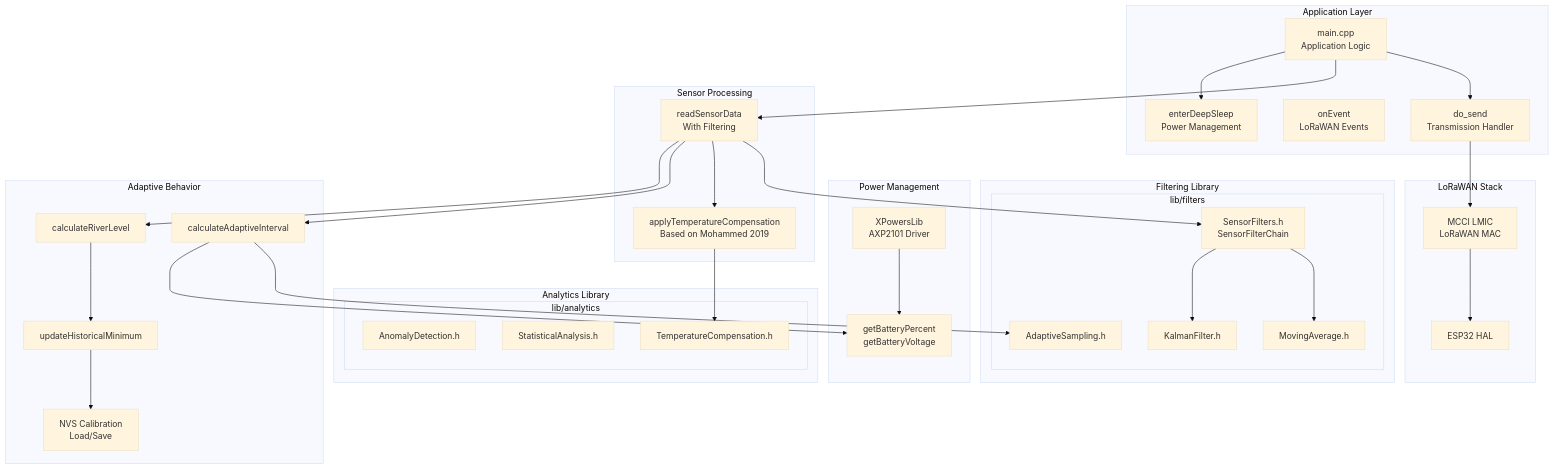
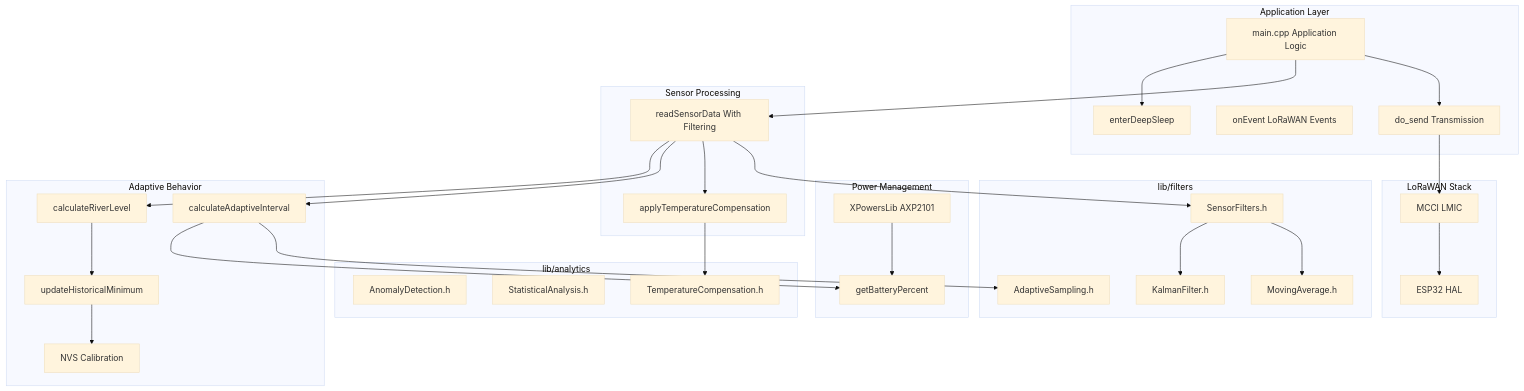
One commit to Klausdk1999/lora-modules changed the fourth of 10 diagrams in docs/architecture-diagrams.md. Above: the diagram before and after it, drawn with Mermaid (base theme). The commit also changed other lines of this file, not shown here.

First line of the commit message:
Refactor architecture diagrams for clarity and consistency

````diff
--- a/docs/architecture-diagrams.md
+++ b/docs/architecture-diagrams.md
@@ -161,66 +157,62 @@
 ```mermaid
 graph TB
-    subgraph "Application Layer"
-        MAIN2[main.cpp<br/>Application Logic]
-        SEND2[do_send<br/>Transmission Handler]
-        EVENT2[onEvent<br/>LoRaWAN Events]
-        SLEEP[enterDeepSleep<br/>Power Management]
+    subgraph AppLayer2[Application Layer]
+        MAIN2[main.cpp Application Logic]
+        SEND2[do_send Transmission]
+        EVENT2[onEvent LoRaWAN Events]
+        SLEEP[enterDeepSleep]
     end
 
-    subgraph "Sensor Processing"
-        READ2[readSensorData<br/>With Filtering]
-        TEMPCOMP[applyTemperatureCompensation<br/>Based on Mohammed 2019]
+    subgraph SensorProc2[Sensor Processing]
+        READ2[readSensorData With Filtering]
+        TEMPCOMP[applyTemperatureCompensation]
     end
 
-    subgraph "Filtering Library"
-        subgraph "lib/filters"
-            MA2[MovingAverage.h]
-            KF2[KalmanFilter.h]
-            SF2[SensorFilters.h<br/>SensorFilterChain]
-            AS2[AdaptiveSampling.h]
-        end
+    subgraph FilterLib2[lib/filters]
+        MA2[MovingAverage.h]
+        KF2[KalmanFilter.h]
+        SF2[SensorFilters.h]
+        AS2[AdaptiveSampling.h]
     end
 
-    subgraph "Analytics Library"
-        subgraph "lib/analytics"
-            ANOM[AnomalyDetection.h]
-            STATS[StatisticalAnalysis.h]
-            TCOMP[TemperatureCompensation.h]
-        end
+    subgraph AnalyticsLib[lib/analytics]
+        ANOM[AnomalyDetection.h]
+        STATS[StatisticalAnalysis.h]
+        TCOMP[TemperatureCompensation.h]
     end
 
-    subgraph "Power Management"
-        PMU[XPowersLib<br/>AXP2101 Driver]
-        BATT2[getBatteryPercent<br/>getBatteryVoltage]
+    subgraph PowerMgmt3[Power Management]
+        PMU[XPowersLib AXP2101]
+        BATT2[getBatteryPercent]
     end
 
-    subgraph "LoRaWAN Stack"
-        LMIC2[MCCI LMIC<br/>LoRaWAN MAC]
+    subgraph LoRaStack2[LoRaWAN Stack]
+        LMIC2[MCCI LMIC]
         HAL2[ESP32 HAL]
     end
 
-    subgraph "Adaptive Behavior"
+    subgraph AdaptBehavior[Adaptive Behavior]
         ADAPT[calculateAdaptiveInterval]
         RIVER[calculateRiverLevel]
         HIST[updateHistoricalMinimum]
-        CALIB[NVS Calibration<br/>Load/Save]
+        CALIB[NVS Calibration]
     end
 
     MAIN2 --> SEND2
     MAIN2 --> READ2
     MAIN2 --> SLEEP
     READ2 --> SF2
     SF2 --> MA2
     SF2 --> KF2
     READ2 --> TEMPCOMP
     TEMPCOMP --> TCOMP
     SEND2 --> LMIC2
     LMIC2 --> HAL2
     READ2 --> ADAPT
     ADAPT --> AS2
     READ2 --> RIVER
     RIVER --> HIST
     HIST --> CALIB
     PMU --> BATT2
     ADAPT --> BATT2
 ```
````
